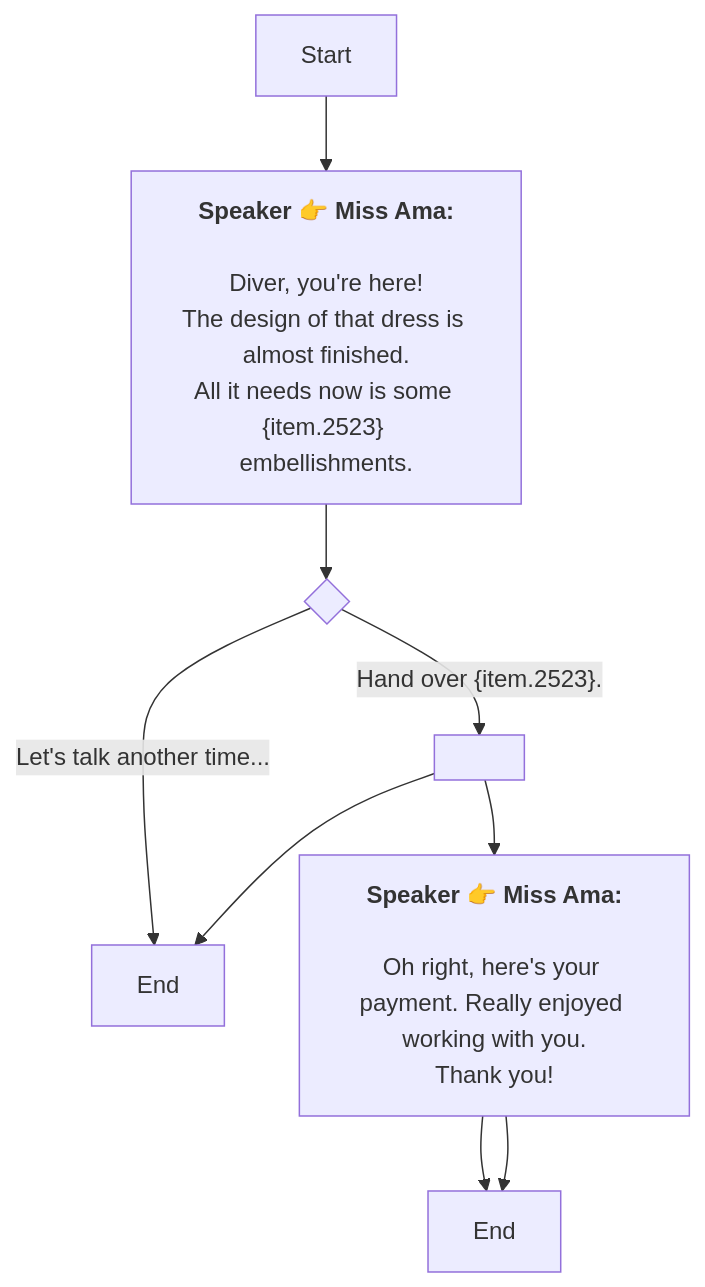
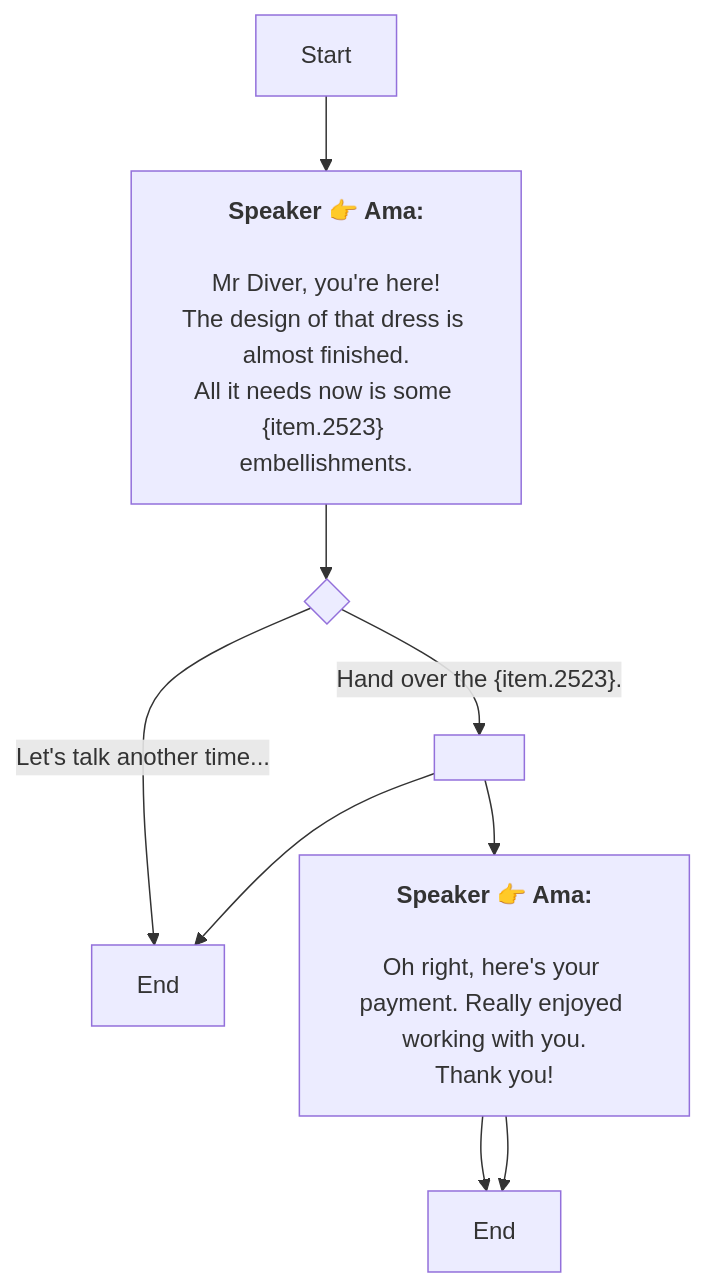
Before and after one commit to SoftHu/tos_avg: the diagram in En/QuestTalkObjectiveNode_1738796794798223.md, drawn with Mermaid. The commit also changed 297 other files, not shown here.

````diff
--- a/En/QuestTalkObjectiveNode_1738796794798223.md
+++ b/En/QuestTalkObjectiveNode_1738796794798223.md
@@ -1,19 +1,19 @@
 ```mermaid
 graph
-Start -->1738796989252754[<b>Speaker 👉 Miss Ama:</b>
+Start -->1738796989252754[<b>Speaker 👉 Ama:</b>
 
-Diver, you're here!
+Mr Diver, you're here!
 The design of that dress is almost finished.
 All it needs now is some &lbrace;item.2523&rbrace; embellishments.]
 1738796989252754 -->1738900939199810{ }
-1738900939199810 -->|Hand over &lbrace;item.2523&rbrace;.|1738797758516371[ ]
+1738900939199810 -->|Hand over the &lbrace;item.2523&rbrace;.|1738797758516371[ ]
 1738900939199810 -->|Let's talk another time...|1738900967130439[End]
-1738797758516371 -->1738797844938900[<b>Speaker 👉 Miss Ama:</b>
+1738797758516371 -->1738797844938900[<b>Speaker 👉 Ama:</b>
 
 Oh right, here's your payment. Really enjoyed working with you.
 Thank you!]
 1738797758516371 -->1738900967130439[End]
 1738797844938900 -->1738798292412567[End]
 1738797844938900 -->1738798292412567[End]
 
  ```
````
